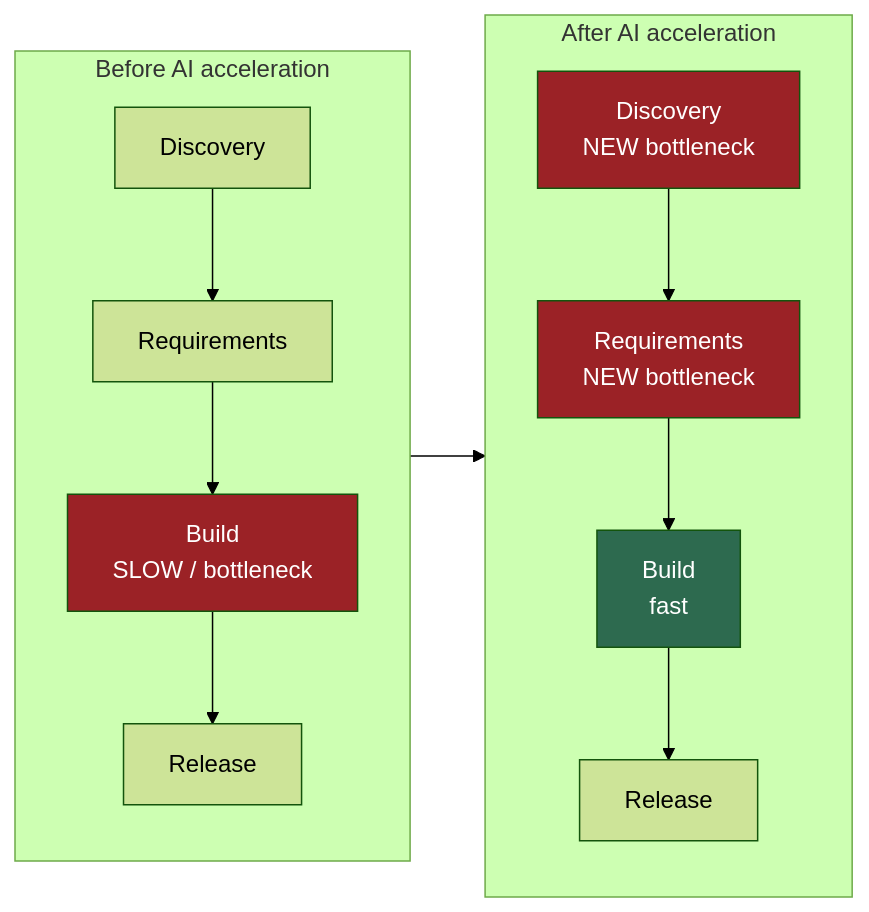
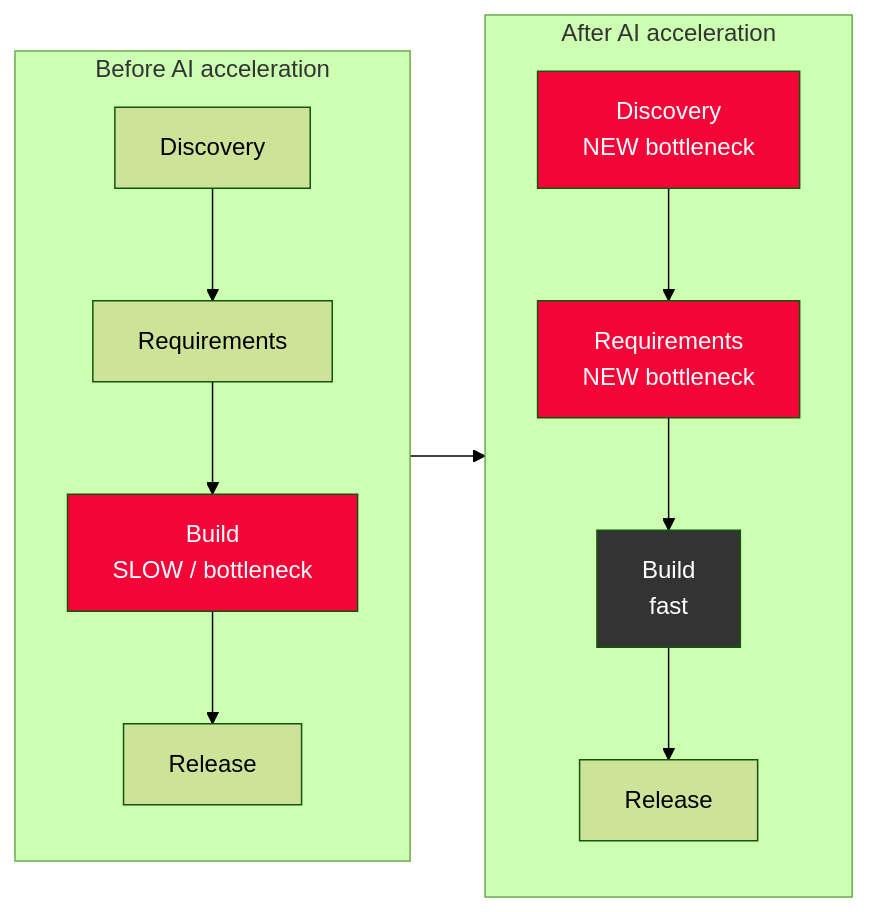
One commit to RED-Internal-Development/delivery-operating-model changed the first of 7 diagrams in docs/future-delivery-operating-model.md. Above: the diagram before and after it, drawn with Mermaid (forest theme). The commit also changed other lines of this file, not shown here.

````diff
--- a/docs/future-delivery-operating-model.md
+++ b/docs/future-delivery-operating-model.md
@@ -30,15 +30,15 @@
 ```mermaid
 graph LR
     subgraph Before["Before AI acceleration"]
         D1[Discovery] --> R1[Requirements] --> B1[Build<br/>SLOW / bottleneck] --> Rel1[Release]
     end
     subgraph After["After AI acceleration"]
         D2[Discovery<br/>NEW bottleneck] --> R2[Requirements<br/>NEW bottleneck] --> B2[Build<br/>fast] --> Rel2[Release]
     end
     Before --> After
 
-    style B1 fill:#9b2226,color:#fff
-    style D2 fill:#9b2226,color:#fff
-    style R2 fill:#9b2226,color:#fff
-    style B2 fill:#2d6a4f,color:#fff
+    style B1 fill:#F50537,color:#fff
+    style D2 fill:#F50537,color:#fff
+    style R2 fill:#F50537,color:#fff
+    style B2 fill:#333333,color:#fff
 ```
````
